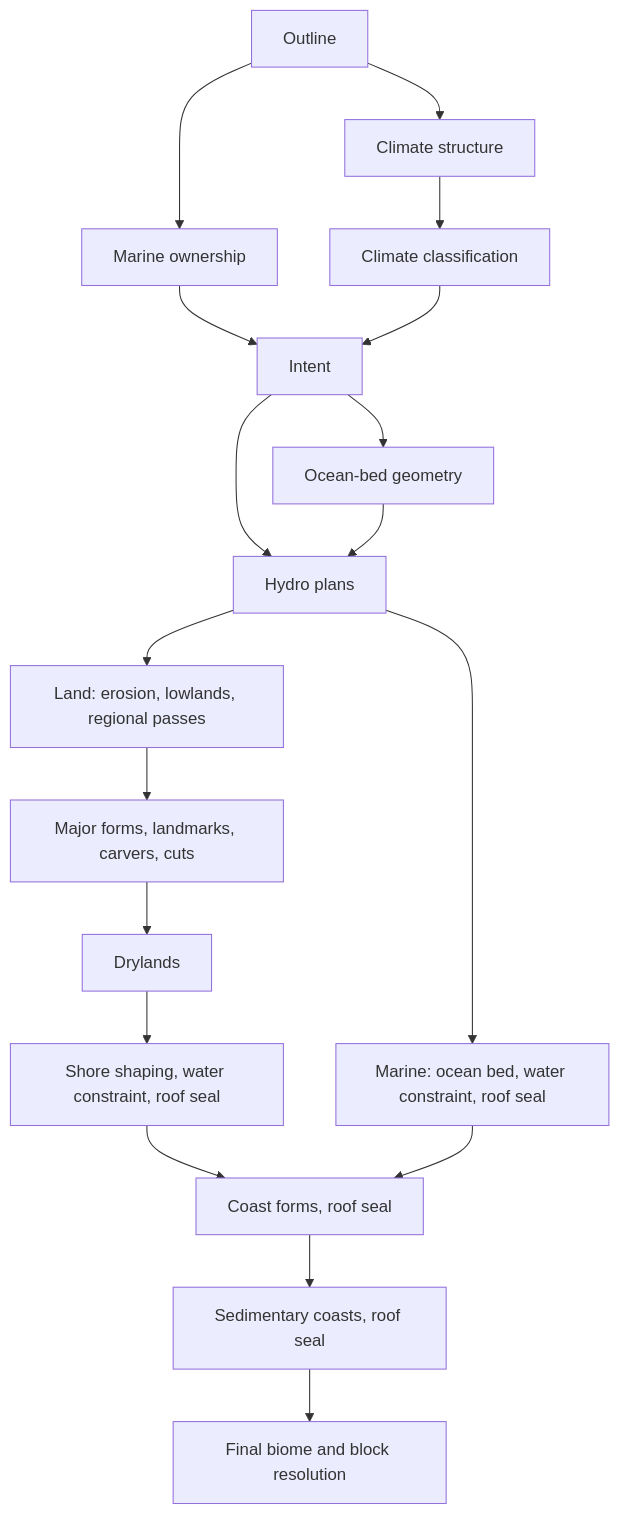
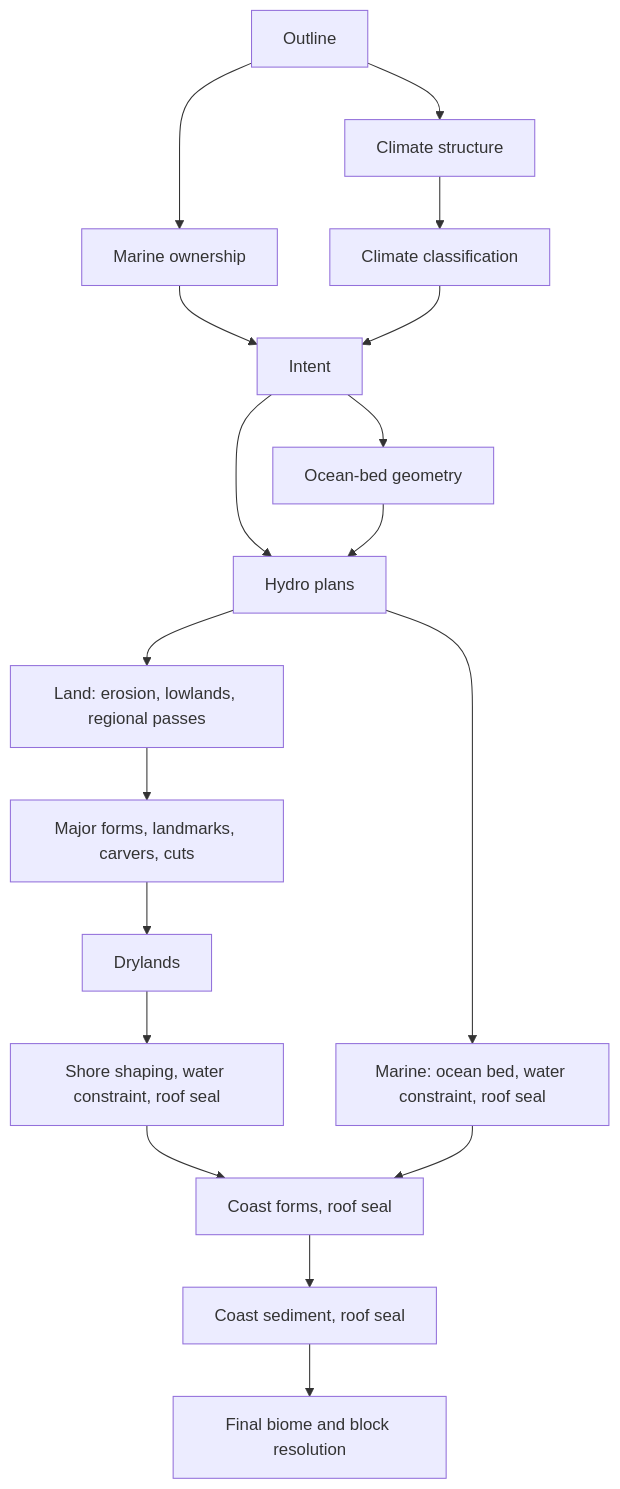
Before and after one commit to orthrus-research/Riven: the second of 2 diagrams in docs/ARCHITECTURE.md, drawn with Mermaid. The commit also changed other lines of this file and 24 other files, not shown here.

````diff
--- a/docs/ARCHITECTURE.md
+++ b/docs/ARCHITECTURE.md
@@ -128,19 +128,19 @@
 ```mermaid
 flowchart TD
   O[Outline] --> M[Marine ownership]
   O --> CS[Climate structure] --> CF[Climate classification]
   M --> I[Intent]
   CF --> I
   I --> H[Hydro plans]
   I --> B[Ocean-bed geometry]
   B --> H
   H --> L[Land: erosion, lowlands, regional passes]
   H --> Q[Marine: ocean bed, water constraint, roof seal]
   L --> A[Major forms, landmarks, carvers, cuts]
   A --> D[Drylands]
   D --> W[Shore shaping, water constraint, roof seal]
   W --> R[Coast forms, roof seal]
   Q --> R
-  R --> S[Sedimentary coasts, roof seal]
+  R --> S[Coast sediment, roof seal]
   S --> F[Final biome and block resolution]
 ```
````
